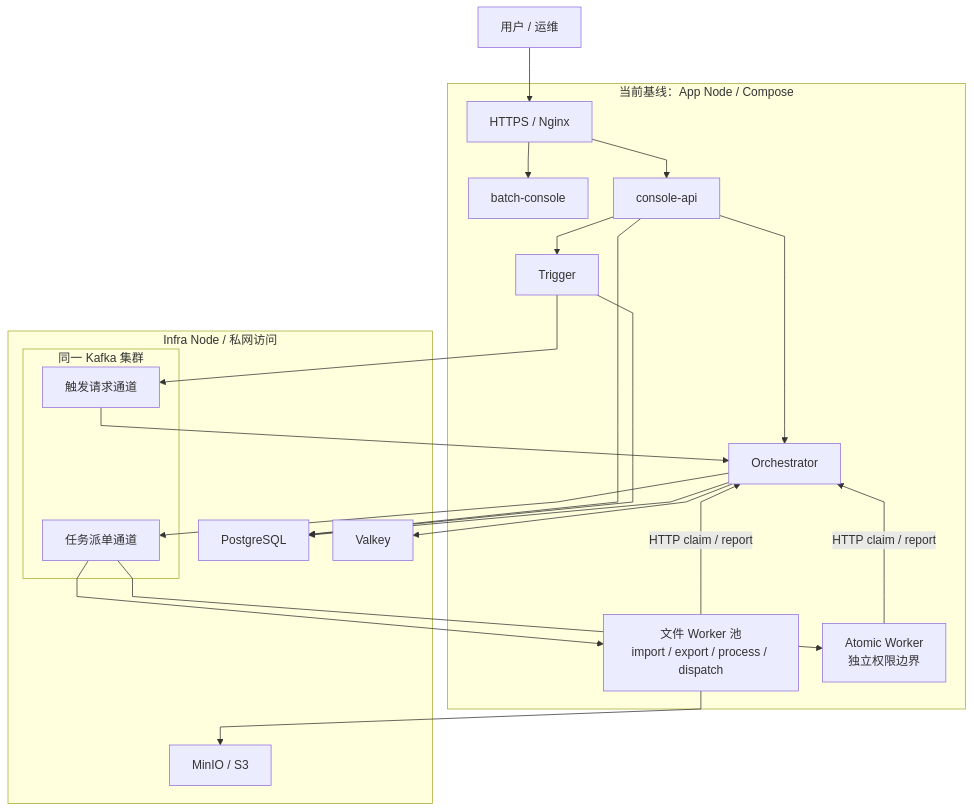
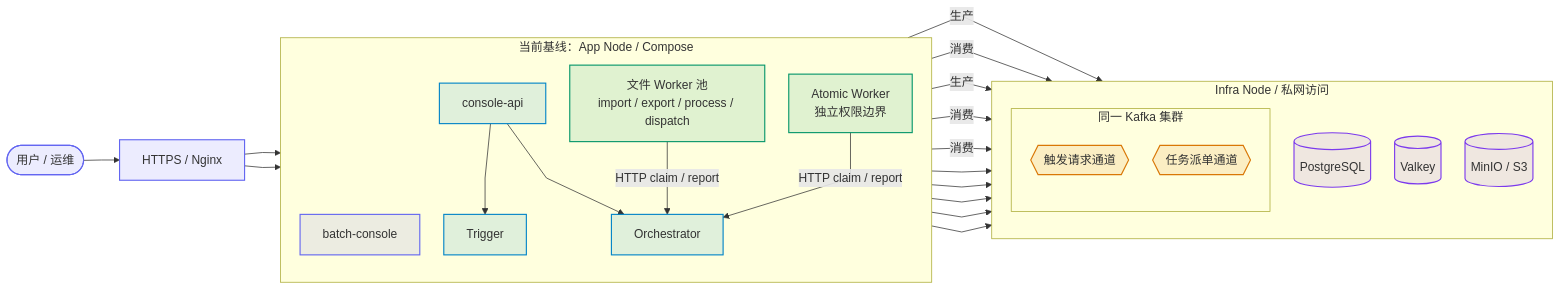
Before and after one commit to pinpols/file-batch-system: the first of 5 diagrams in docs/runbook/compose-cd-roadmap.md, drawn with Mermaid. The commit also changed 11 other files, not shown here.

First line of the commit message:
docs(diagram): P2 文档图按图例统一并按源码核对状态机 (#1383)

````diff
--- a/docs/runbook/compose-cd-roadmap.md
+++ b/docs/runbook/compose-cd-roadmap.md
@@ -197,37 +197,48 @@
 ```mermaid
 %%{init: {"flowchart":{"curve":"linear","nodeSpacing":32,"rankSpacing":48},"sequence":{"mirrorActors":false}}}%%
-flowchart TB
-  USER["用户 / 运维"] --> EDGE["HTTPS / Nginx"]
+flowchart LR
+  USER(["用户 / 运维"]):::entry --> EDGE["HTTPS / Nginx"]:::entry
   subgraph APP["当前基线：App Node / Compose"]
-    FE["batch-console"]
-    API["console-api"]
-    TR["Trigger"]
-    OR["Orchestrator"]
-    FILE["文件 Worker 池<br/>import / export / process / dispatch"]
-    ATOMIC["Atomic Worker<br/>独立权限边界"]
-    EDGE --> FE
-    EDGE --> API
-    API --> TR
-    API --> OR
-    FILE -->|"HTTP claim / report"| OR
-    ATOMIC -->|"HTTP claim / report"| OR
+    direction TB
+    FE["batch-console"]:::entry
+    API["console-api"]:::control
+    TR["Trigger"]:::control
+    OR["Orchestrator"]:::control
+    FILE["文件 Worker 池<br/>import / export / process / dispatch"]:::worker
+    ATOMIC["Atomic Worker<br/>独立权限边界"]:::worker
   end
   subgraph INFRA["Infra Node / 私网访问"]
+    direction TB
     subgraph KAFKA["同一 Kafka 集群"]
-      LAUNCH["触发请求通道"]
-      TASK["任务派单通道"]
+      direction TB
+      LAUNCH{{"触发请求通道"}}:::mq
+      TASK{{"任务派单通道"}}:::mq
     end
-    PG["PostgreSQL"]
-    CACHE["Valkey"]
-    OBJ["MinIO / S3"]
+    PG[("PostgreSQL")]:::store
+    CACHE[("Valkey")]:::store
+    OBJ[("MinIO / S3")]:::store
   end
-  TR --> LAUNCH --> OR
-  OR --> TASK
-  TASK --> FILE
-  TASK --> ATOMIC
+  EDGE --> FE
+  EDGE --> API
+  API --> TR
+  API --> OR
+  FILE -->|"HTTP claim / report"| OR
+  ATOMIC -->|"HTTP claim / report"| OR
+  TR -->|"生产"| LAUNCH
+  OR -->|"消费"| LAUNCH
+  OR -->|"生产"| TASK
+  FILE -->|"消费"| TASK
+  ATOMIC -->|"消费"| TASK
   API --> PG
   TR --> PG
   OR --> PG
   OR --> CACHE
   FILE --> OBJ
+  classDef entry fill:#6366f11f,stroke:#6366f1,stroke-width:1.5px
+  classDef control fill:#0284c71f,stroke:#0284c7,stroke-width:1.5px
+  classDef mq fill:#d977061f,stroke:#d97706,stroke-width:1.5px
+  classDef worker fill:#0596691f,stroke:#059669,stroke-width:1.5px
+  classDef store fill:#7c3aed1f,stroke:#7c3aed,stroke-width:1.5px
+  classDef ext fill:#64748b14,stroke:#64748b,stroke-width:1.2px,stroke-dasharray:4 3
+  classDef lib fill:#64748b14,stroke:#64748b,stroke-width:1.2px
 ```
````
